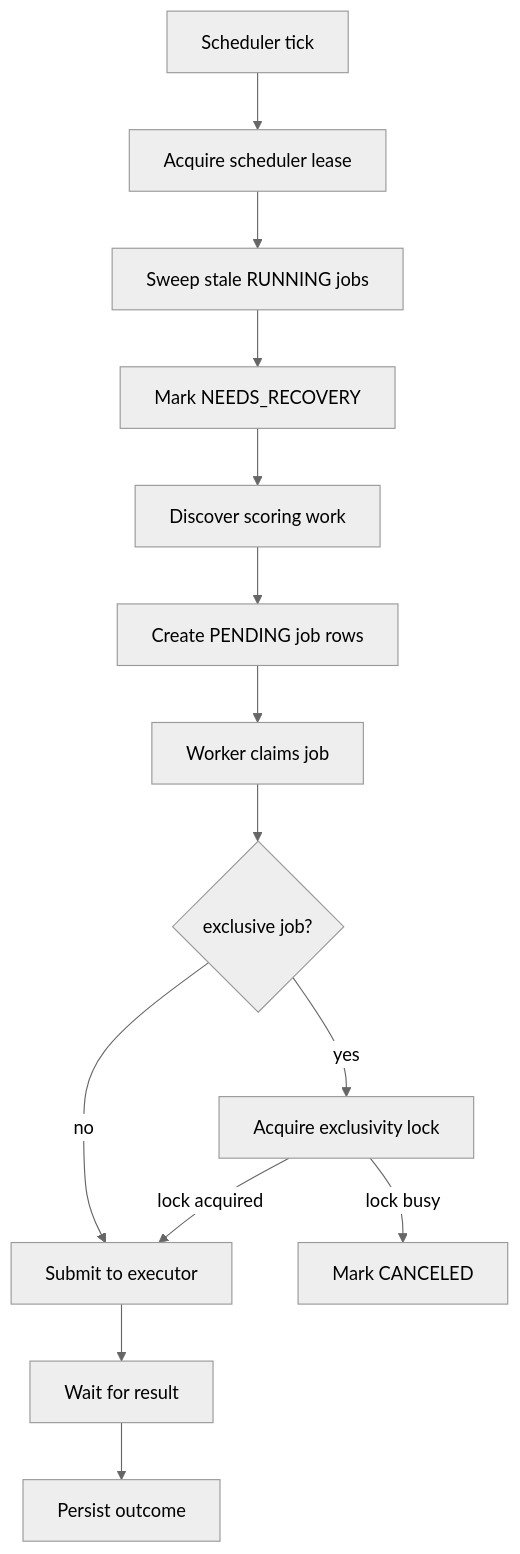
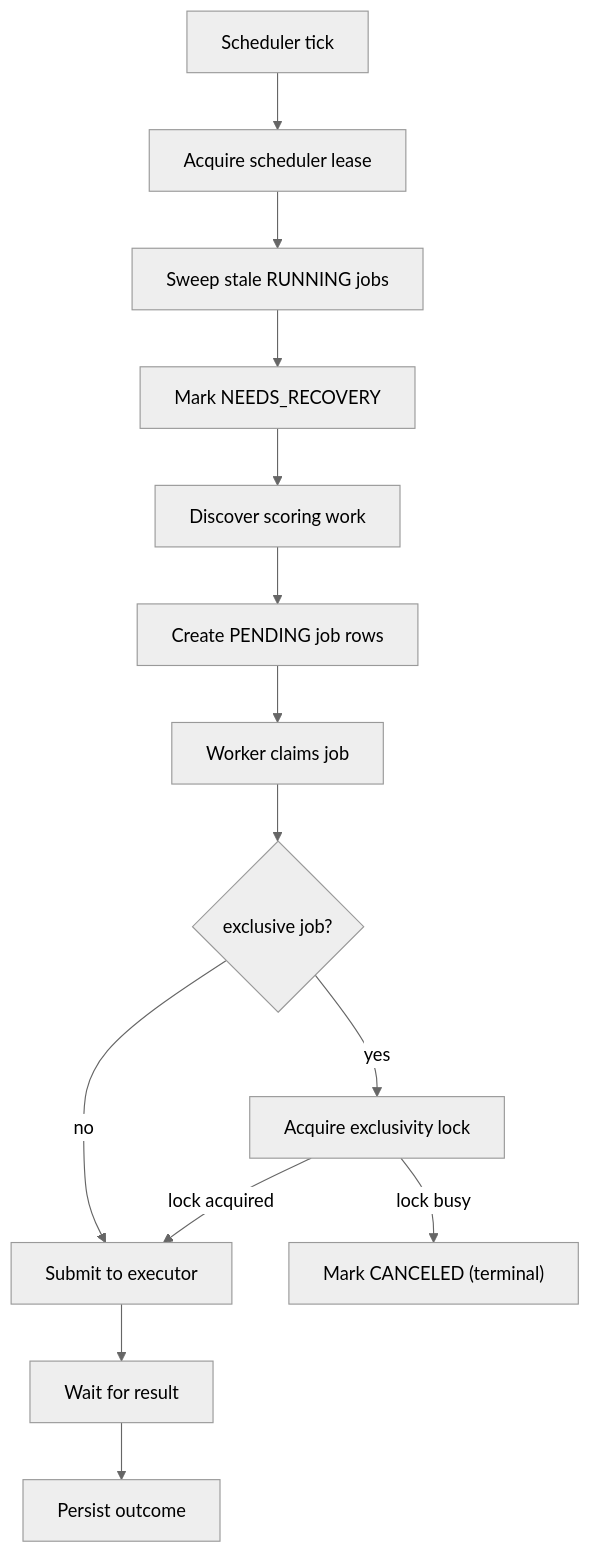
The second of 2 diagrams in rfcs/0002-job-executor-plugins/0002-job-executor-plugins.md (mlflow/rfcs), drawn with Mermaid (neutral theme) before and after one commit. The commit also changed other lines of this file, not shown here.

````diff
--- a/rfcs/0002-job-executor-plugins/0002-job-executor-plugins.md
+++ b/rfcs/0002-job-executor-plugins/0002-job-executor-plugins.md
@@ -596,16 +606,16 @@
 ```mermaid
 flowchart TD
     tick["Scheduler tick"] --> schedulerLease["Acquire scheduler lease"]
     schedulerLease --> maintenance["Sweep stale RUNNING jobs"]
     maintenance --> recovery["Mark NEEDS_RECOVERY"]
     recovery --> discover["Discover scoring work"]
     discover --> enqueue["Create PENDING job rows"]
     enqueue --> claim["Worker claims job"]
     claim --> exclusive{"exclusive job?"}
     exclusive -->|yes| lock["Acquire exclusivity lock"]
     exclusive -->|no| submit["Submit to executor"]
     lock -->|lock acquired| submit
-    lock -->|lock busy| cancel["Mark CANCELED"]
+    lock -->|lock busy| cancel["Mark CANCELED (terminal)"]
     submit --> wait["Wait for result"]
     wait --> terminal["Persist outcome"]
 ```
````
